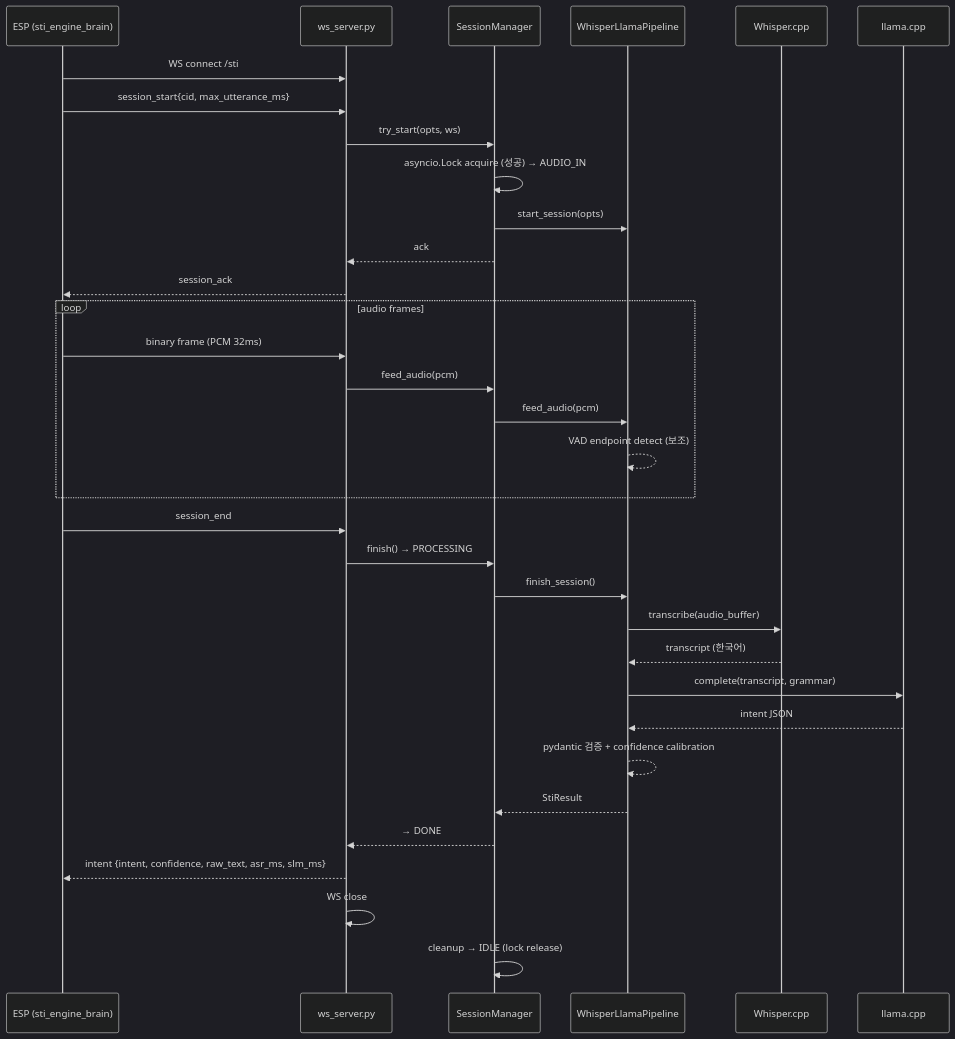
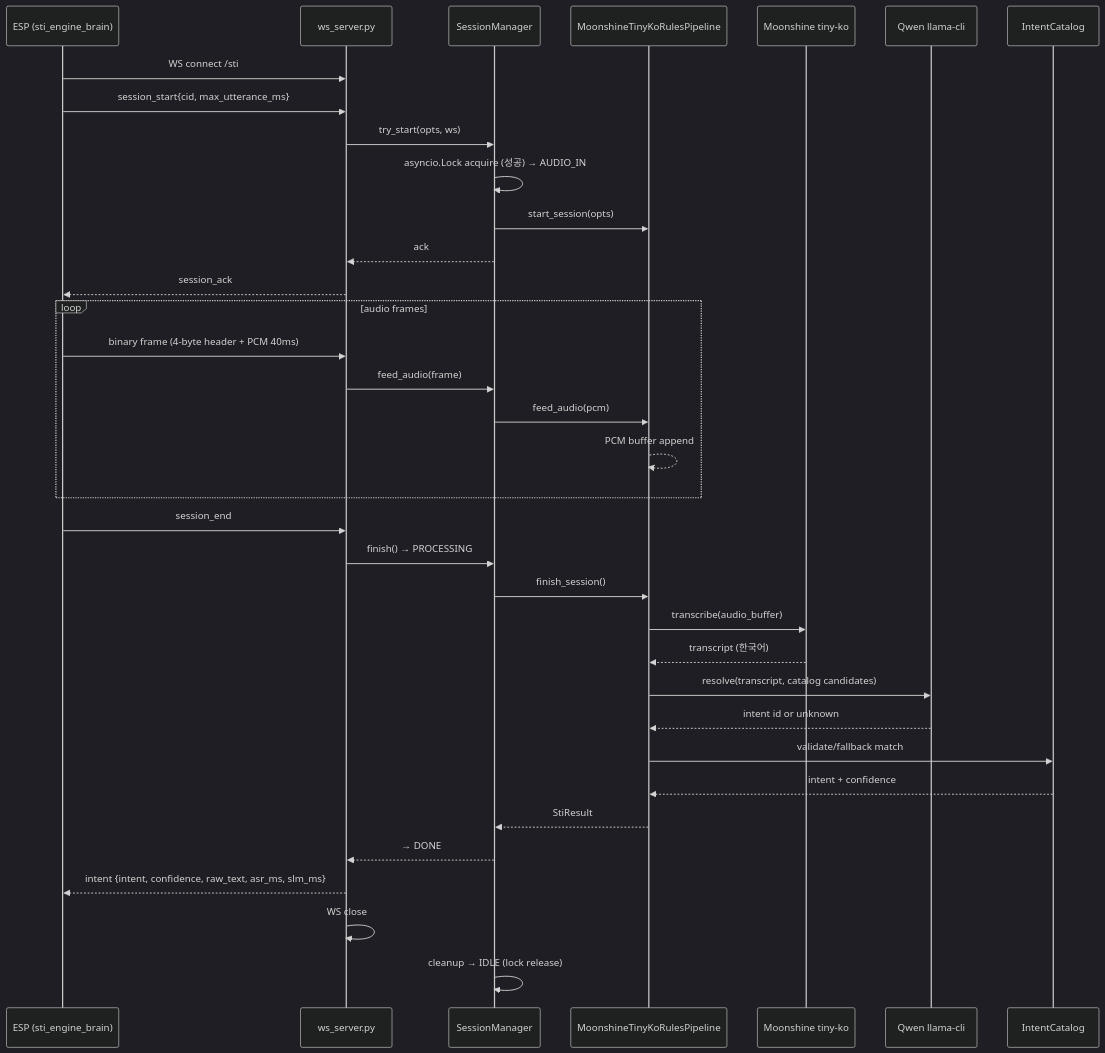
Before and after one commit to UnripePlum/nubjuk-brain: the second of 3 diagrams in ARCHITECTURE.md, drawn with Mermaid (dark theme). The commit also changed other lines of this file and 33 other files, not shown here.

````diff
--- a/ARCHITECTURE.md
+++ b/ARCHITECTURE.md
@@ -58,38 +61,40 @@
 ```mermaid
 sequenceDiagram
     participant E as ESP (sti_engine_brain)
     participant W as ws_server.py
     participant SM as SessionManager
-    participant P as WhisperLlamaPipeline
-    participant A as Whisper.cpp
-    participant L as llama.cpp
+    participant P as MoonshineTinyKoRulesPipeline
+    participant A as Moonshine tiny-ko
+    participant L as Qwen llama-cli
+    participant C as IntentCatalog
 
     E->>W: WS connect /sti
     E->>W: session_start{cid, max_utterance_ms}
     W->>SM: try_start(opts, ws)
     SM->>SM: asyncio.Lock acquire (성공) → AUDIO_IN
     SM->>P: start_session(opts)
     SM-->>W: ack
     W-->>E: session_ack
 
     loop audio frames
-        E->>W: binary frame (PCM 32ms)
-        W->>SM: feed_audio(pcm)
+        E->>W: binary frame (4-byte header + PCM 40ms)
+        W->>SM: feed_audio(frame)
         SM->>P: feed_audio(pcm)
-        P-->>P: VAD endpoint detect (보조)
+        P-->>P: PCM buffer append
     end
 
     E->>W: session_end
     W->>SM: finish() → PROCESSING
     SM->>P: finish_session()
     P->>A: transcribe(audio_buffer)
     A-->>P: transcript (한국어)
-    P->>L: complete(transcript, grammar)
-    L-->>P: intent JSON
-    P-->>P: pydantic 검증 + confidence calibration
+    P->>L: resolve(transcript, catalog candidates)
+    L-->>P: intent id or unknown
+    P->>C: validate/fallback match
+    C-->>P: intent + confidence
     P-->>SM: StiResult
     SM-->>W: → DONE
     W-->>E: intent {intent, confidence, raw_text, asr_ms, slm_ms}
     W->>W: WS close
     SM->>SM: cleanup → IDLE (lock release)
 ```
````
